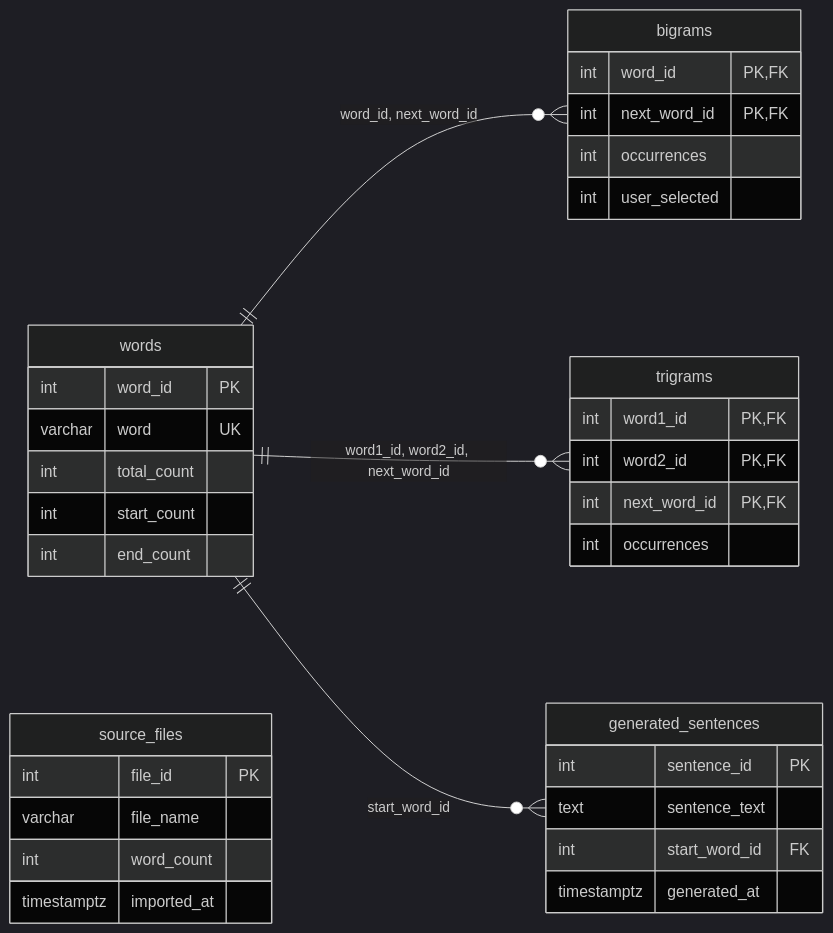
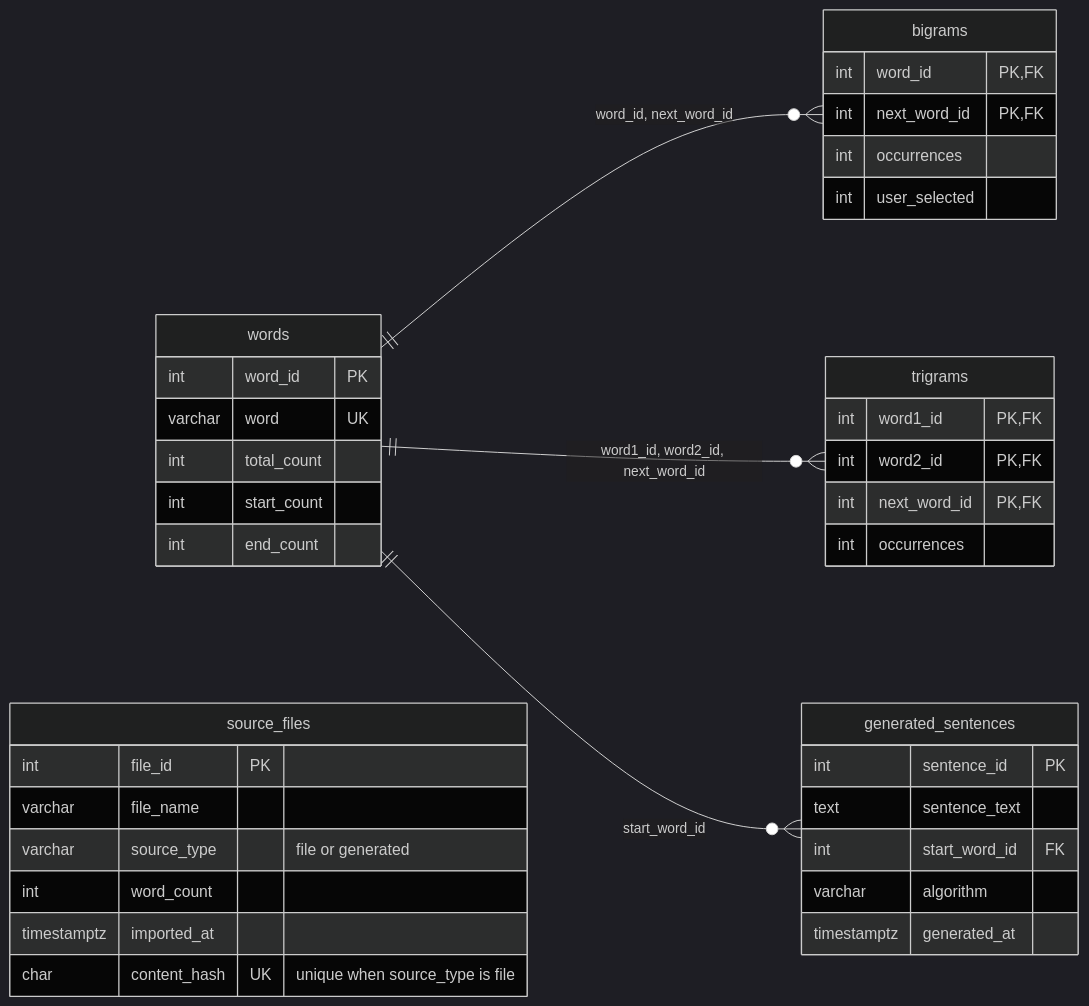
The diagram in database/diagram.md (sebas11070405/CS-Capstone-Project), drawn with Mermaid (dark theme) before and after one commit. The commit also changed 1 other file, not shown here.

Commit message:
Update ER diagram to match schema.sql
Adds source_files.source_type and content_hash, and
generated_sentences.algorithm. Re-renders diagram.png from the Mermaid source.

````diff
--- a/database/diagram.md
+++ b/database/diagram.md
@@ -1,44 +1,47 @@
 ```mermaid
 erDiagram
     direction LR
 
     words {
         int word_id PK
         varchar word UK
         int total_count
         int start_count
         int end_count
     }
 
     bigrams {
         int word_id PK, FK
         int next_word_id PK, FK
         int occurrences
         int user_selected
     }
 
     trigrams {
         int word1_id PK, FK
         int word2_id PK, FK
         int next_word_id PK, FK
         int occurrences
     }
 
     generated_sentences {
         int sentence_id PK
         text sentence_text
         int start_word_id FK
+        varchar algorithm
         timestamptz generated_at
     }
 
     source_files {
         int file_id PK
         varchar file_name
+        varchar source_type "file or generated"
         int word_count
         timestamptz imported_at
+        char content_hash UK "unique when source_type is file"
     }
 
     words ||--o{ bigrams : "word_id, next_word_id"
     words ||--o{ trigrams : "word1_id, word2_id, next_word_id"
     words ||--o{ generated_sentences : "start_word_id"
 ```
````
